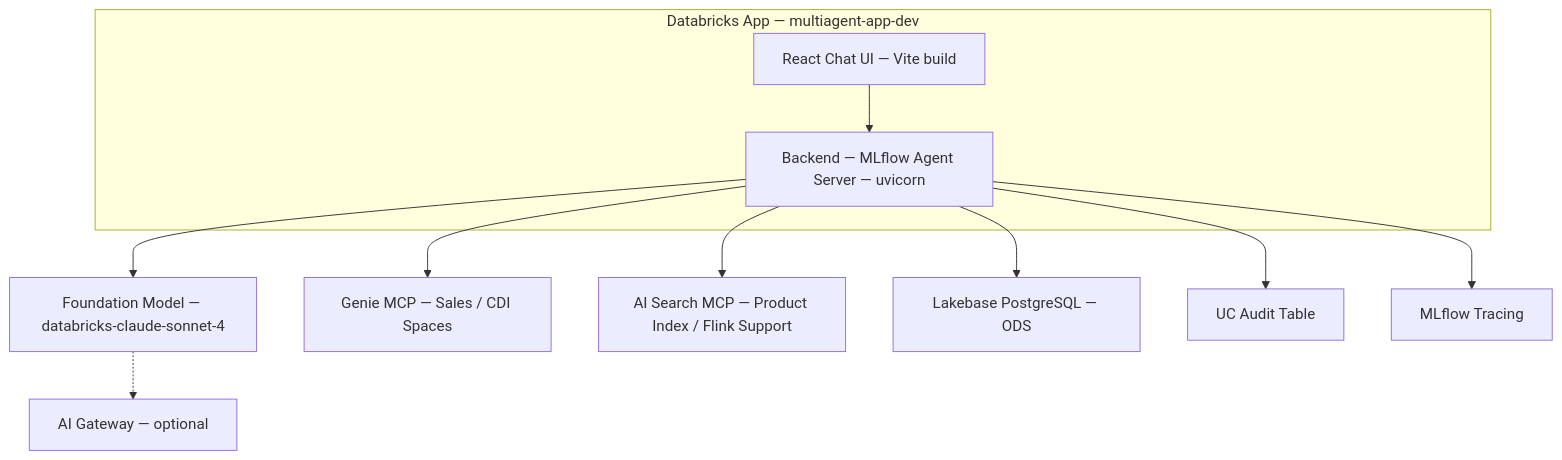
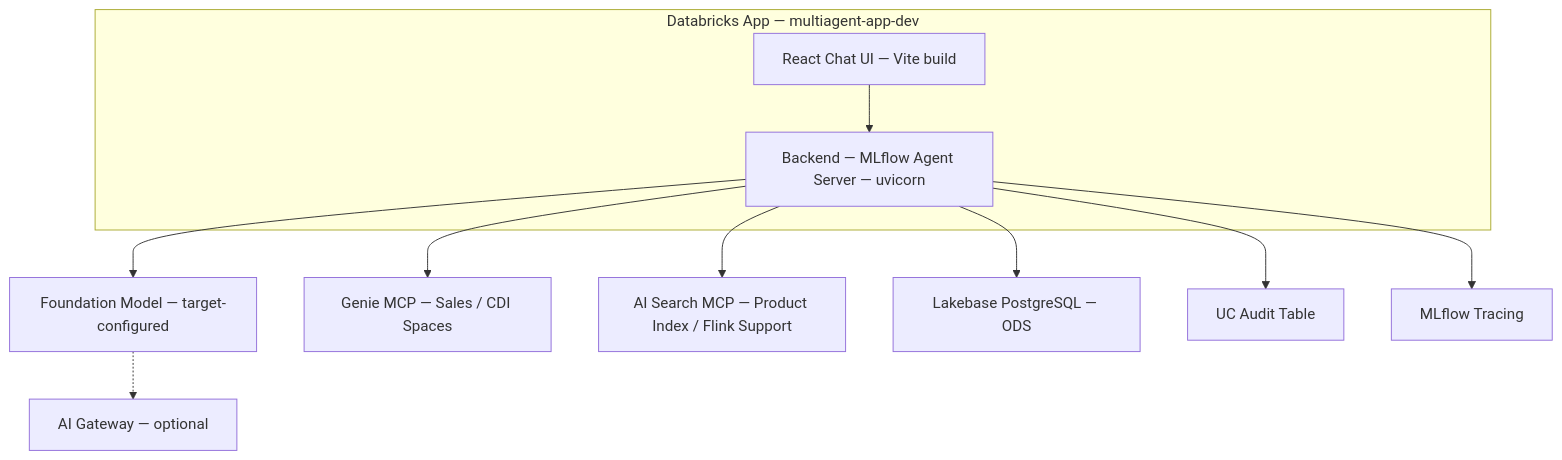
Diagram 13 of 15 in docs/architecture/design-artifacts/00-architecture-board-review.md (wchen-dea/Governed-Multi-Agent-Intelligence-on-Databricks), drawn with Mermaid before and after one commit. The commit also changed other lines of this file and 33 other files, not shown here.

````diff
--- a/docs/architecture/design-artifacts/00-architecture-board-review.md
+++ b/docs/architecture/design-artifacts/00-architecture-board-review.md
@@ -298,16 +298,16 @@
 ```mermaid
 flowchart TB
     subgraph DatabricksApp[Databricks App — multiagent-app-dev]
         FE[React Chat UI — Vite build]
         BE[Backend — MLflow Agent Server — uvicorn]
     end
 
     FE --> BE
-    BE --> FM[Foundation Model — databricks-claude-sonnet-4]
+    BE --> FM[Foundation Model — target-configured]
     FM -.-> AIGW[AI Gateway — optional]
     BE --> GENIE[Genie MCP — Sales / CDI Spaces]
     BE --> AIS[AI Search MCP — Product Index / Flink Support]
     BE --> LB[Lakebase PostgreSQL — ODS]
     BE --> AUD[UC Audit Table]
     BE --> OBS[MLflow Tracing]
 ```
````
